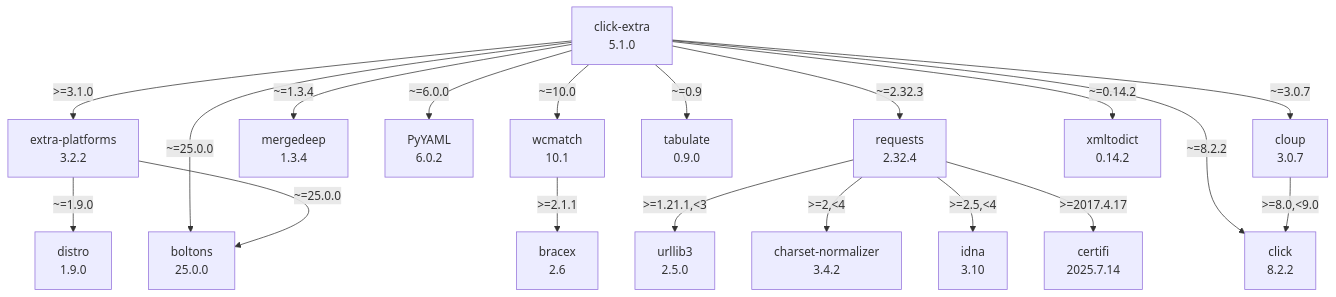
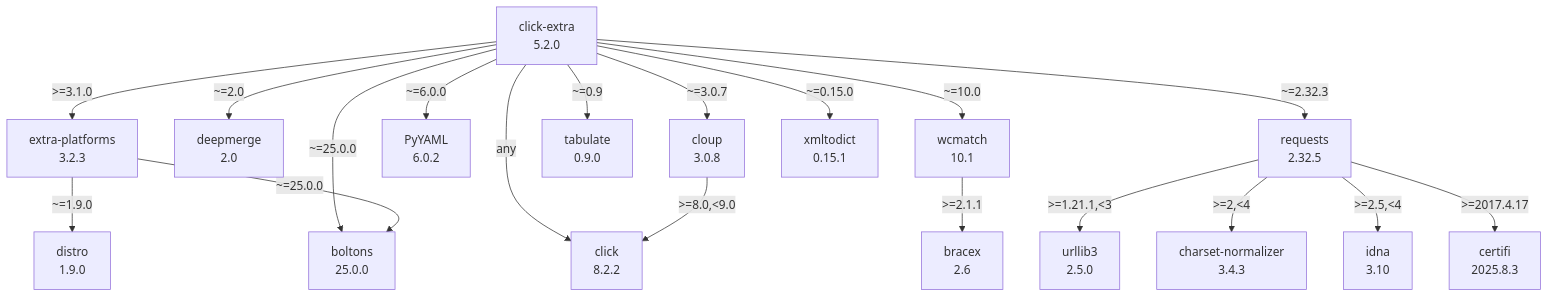
Before and after one commit to kdeldycke/click-extra: the diagram in docs/assets/dependencies.mmd, drawn with Mermaid.

Commit message:
[autofix] Regenerate dependency graph

```diff
--- a/docs/assets/dependencies.mmd
+++ b/docs/assets/dependencies.mmd
@@ -1,37 +1,37 @@
 flowchart TD
     classDef missing stroke-dasharray: 5
     boltons["boltons\n25.0.0"]
     bracex["bracex\n2.6"]
-    certifi["certifi\n2025.7.14"]
-    charset-normalizer["charset-normalizer\n3.4.2"]
-    click-extra["click-extra\n5.1.0"]
+    certifi["certifi\n2025.8.3"]
+    charset-normalizer["charset-normalizer\n3.4.3"]
+    click-extra["click-extra\n5.2.0"]
     click_0["click\n8.2.2"]
-    cloup["cloup\n3.0.7"]
+    cloup["cloup\n3.0.8"]
+    deepmerge["deepmerge\n2.0"]
     distro["distro\n1.9.0"]
-    extra-platforms["extra-platforms\n3.2.2"]
+    extra-platforms["extra-platforms\n3.2.3"]
     idna["idna\n3.10"]
-    mergedeep["mergedeep\n1.3.4"]
     pyyaml["PyYAML\n6.0.2"]
-    requests["requests\n2.32.4"]
+    requests["requests\n2.32.5"]
     tabulate["tabulate\n0.9.0"]
     urllib3["urllib3\n2.5.0"]
     wcmatch["wcmatch\n10.1"]
-    xmltodict["xmltodict\n0.14.2"]
+    xmltodict["xmltodict\n0.15.1"]
     click-extra -- ">=3.1.0" --> extra-platforms
-    click-extra -- "~=0.14.2" --> xmltodict
+    click-extra -- "any" --> click_0
+    click-extra -- "~=0.15.0" --> xmltodict
     click-extra -- "~=0.9" --> tabulate
-    click-extra -- "~=1.3.4" --> mergedeep
     click-extra -- "~=10.0" --> wcmatch
+    click-extra -- "~=2.0" --> deepmerge
     click-extra -- "~=2.32.3" --> requests
     click-extra -- "~=25.0.0" --> boltons
     click-extra -- "~=3.0.7" --> cloup
     click-extra -- "~=6.0.0" --> pyyaml
-    click-extra -- "~=8.2.2" --> click_0
     cloup -- ">=8.0,<9.0" --> click_0
     extra-platforms -- "~=1.9.0" --> distro
     extra-platforms -- "~=25.0.0" --> boltons
     requests -- ">=1.21.1,<3" --> urllib3
     requests -- ">=2,<4" --> charset-normalizer
     requests -- ">=2.5,<4" --> idna
     requests -- ">=2017.4.17" --> certifi
     wcmatch -- ">=2.1.1" --> bracex
```
